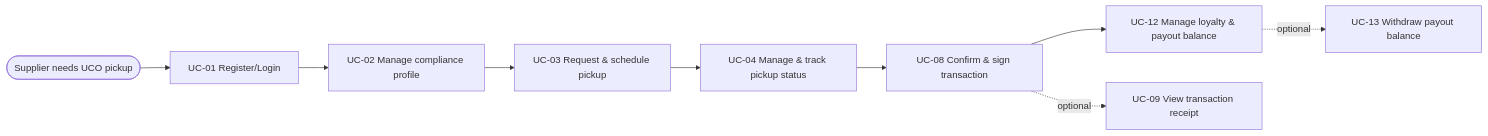
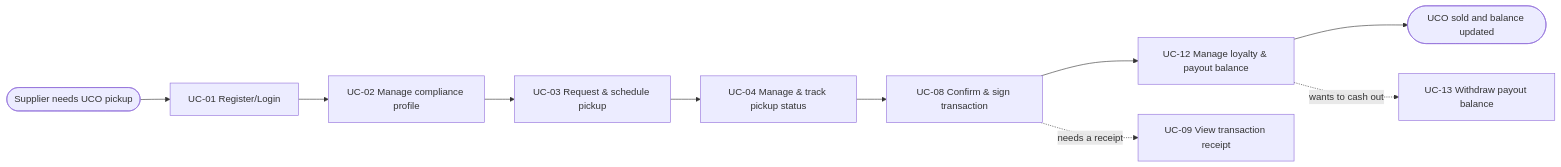
The first of 4 diagrams in docs/external-design/usage-flow.md (thuyvicbh-alt/DBIZ2---GROUP-D), drawn with Mermaid before and after one commit. The commit also changed other lines of this file, not shown here.

````diff
--- a/docs/external-design/usage-flow.md
+++ b/docs/external-design/usage-flow.md
@@ -17,11 +18,12 @@
 ```mermaid
 flowchart LR
   A(["Supplier needs UCO pickup"]) --> U1["UC-01 Register/Login"]
   U1 --> U2["UC-02 Manage compliance profile"]
   U2 --> U3["UC-03 Request & schedule pickup"]
   U3 --> U4["UC-04 Manage & track pickup status"]
   U4 --> U8["UC-08 Confirm & sign transaction"]
   U8 --> U12["UC-12 Manage loyalty & payout balance"]
-  U12 -.->|"optional"| U13["UC-13 Withdraw payout balance"]
-  U8 -.->|"optional"| U9["UC-09 View transaction receipt"]
+  U12 --> Z(["UCO sold and balance updated"])
+  U12 -.->|"wants to cash out"| U13["UC-13 Withdraw payout balance"]
+  U8 -.->|"needs a receipt"| U9["UC-09 View transaction receipt"]
 ```
````
